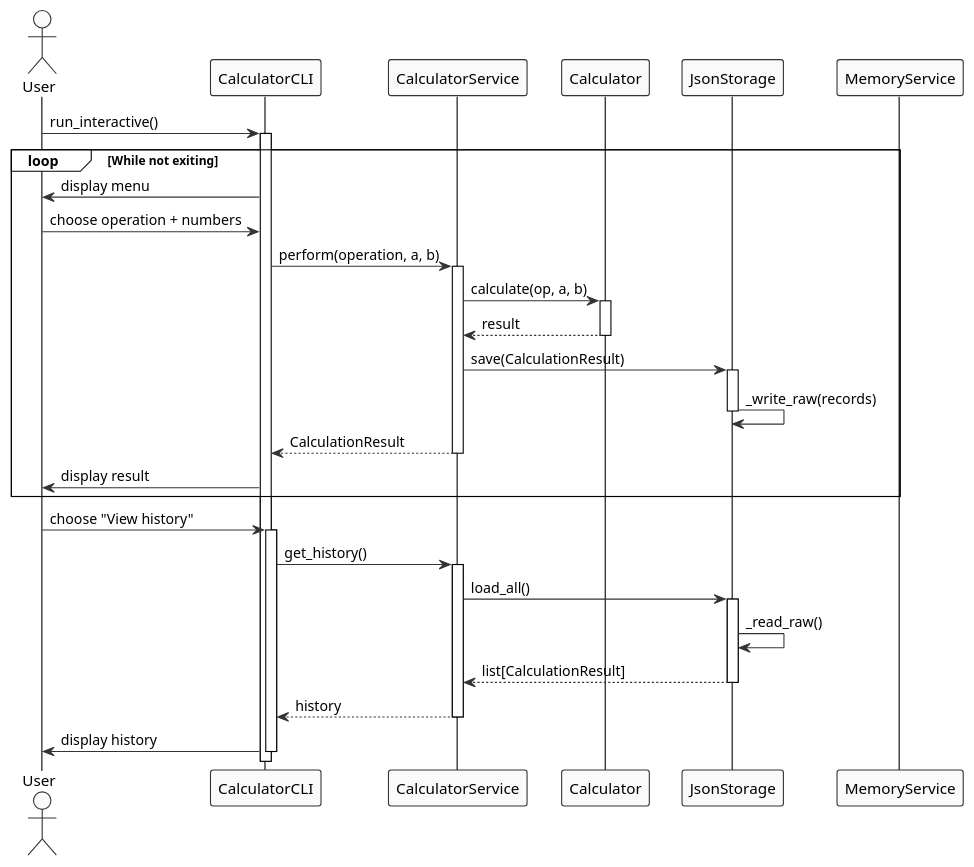
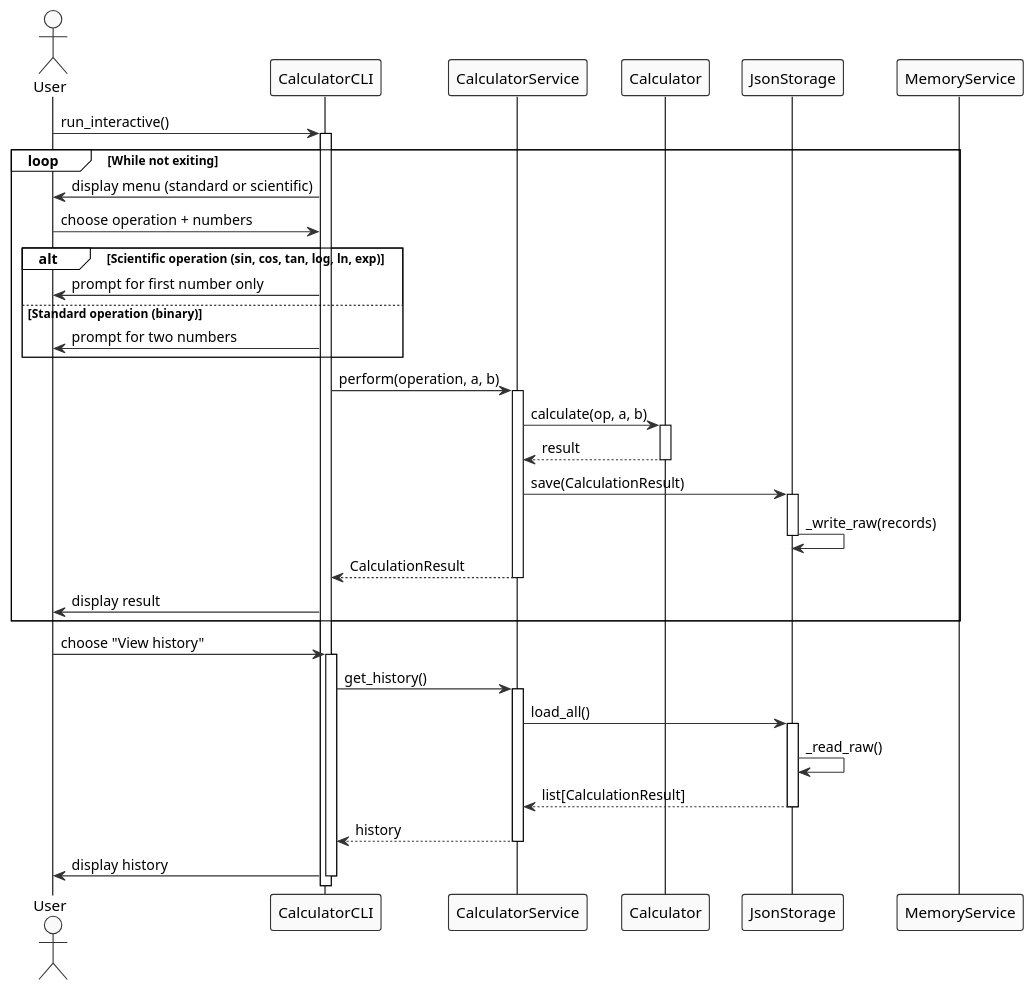
The diagram in experiments/broadcast/structured_text/calculator/artifacts/sequence_diagram.puml (DanielRiha8906/Software_autoevolution_using_agents), drawn with PlantUML before and after one commit. The commit also changed 8 other files, not shown here.

```diff
--- a/experiments/broadcast/structured_text/calculator/artifacts/sequence_diagram.puml
+++ b/experiments/broadcast/structured_text/calculator/artifacts/sequence_diagram.puml
@@ -1,61 +1,67 @@
 @startuml
 !theme plain
 skinparam sequenceActorBackgroundColor #FAFAFA
 skinparam sequenceActorBorderColor #333333
 skinparam sequenceParticipantBackgroundColor #FAFAFA
 skinparam sequenceParticipantBorderColor #333333
 skinparam arrowColor #333333
 skinparam fontName Courier
 
 actor User
 participant CLI as "CalculatorCLI"
 participant CalcService as "CalculatorService"
 participant Calculator as "Calculator"
 participant Storage as "JsonStorage"
 participant MemService as "MemoryService"
 
 User -> CLI: run_interactive()
 activate CLI
 
 loop While not exiting
-  CLI -> User: display menu
+  CLI -> User: display menu (standard or scientific)
   User -> CLI: choose operation + numbers
+
+  alt Scientific operation (sin, cos, tan, log, ln, exp)
+    CLI -> User: prompt for first number only
+  else Standard operation (binary)
+    CLI -> User: prompt for two numbers
+  end
 
   CLI -> CalcService: perform(operation, a, b)
   activate CalcService
 
     CalcService -> Calculator: calculate(op, a, b)
     activate Calculator
     Calculator --> CalcService: result
     deactivate Calculator
 
     CalcService -> Storage: save(CalculationResult)
     activate Storage
     Storage -> Storage: _write_raw(records)
     deactivate Storage
 
   CalcService --> CLI: CalculationResult
   deactivate CalcService
 
   CLI -> User: display result
 end
 
 User -> CLI: choose "View history"
 activate CLI
 
   CLI -> CalcService: get_history()
   activate CalcService
 
     CalcService -> Storage: load_all()
     activate Storage
     Storage -> Storage: _read_raw()
     Storage --> CalcService: list[CalculationResult]
     deactivate Storage
 
   CalcService --> CLI: history
   deactivate CalcService
 
   CLI -> User: display history
 deactivate CLI
 
 @enduml
```
